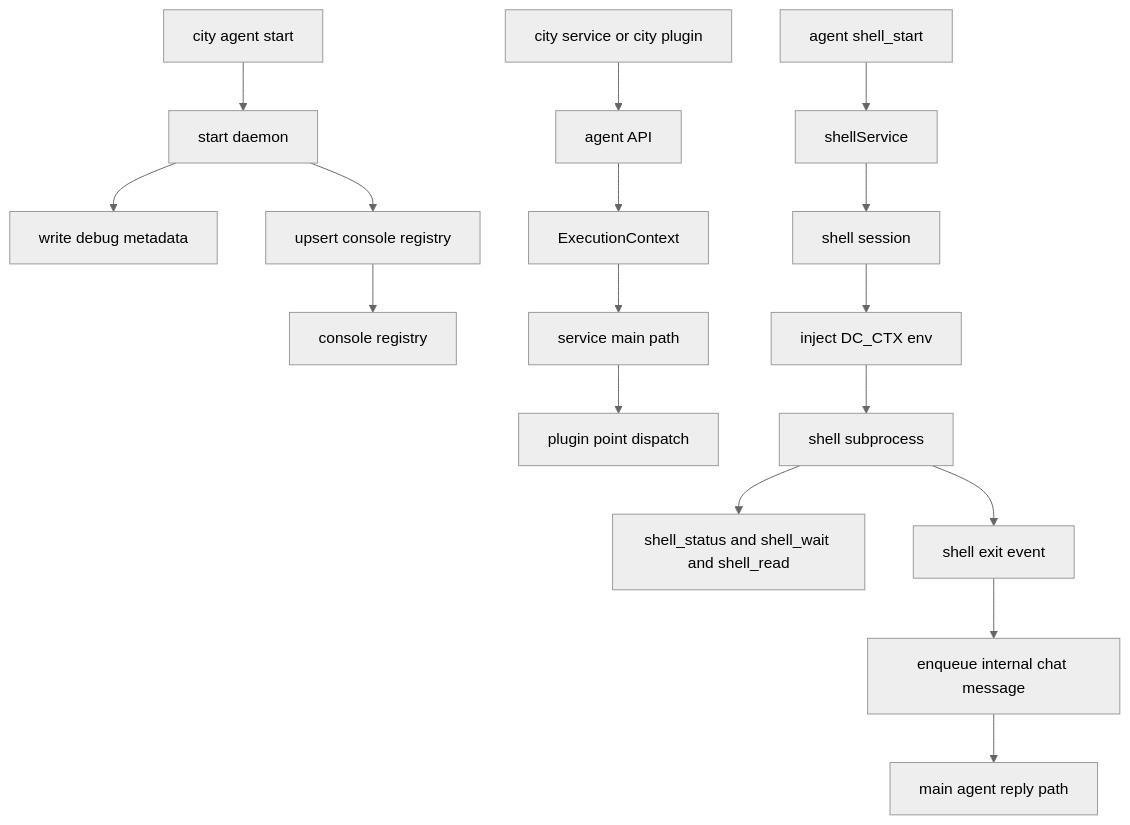
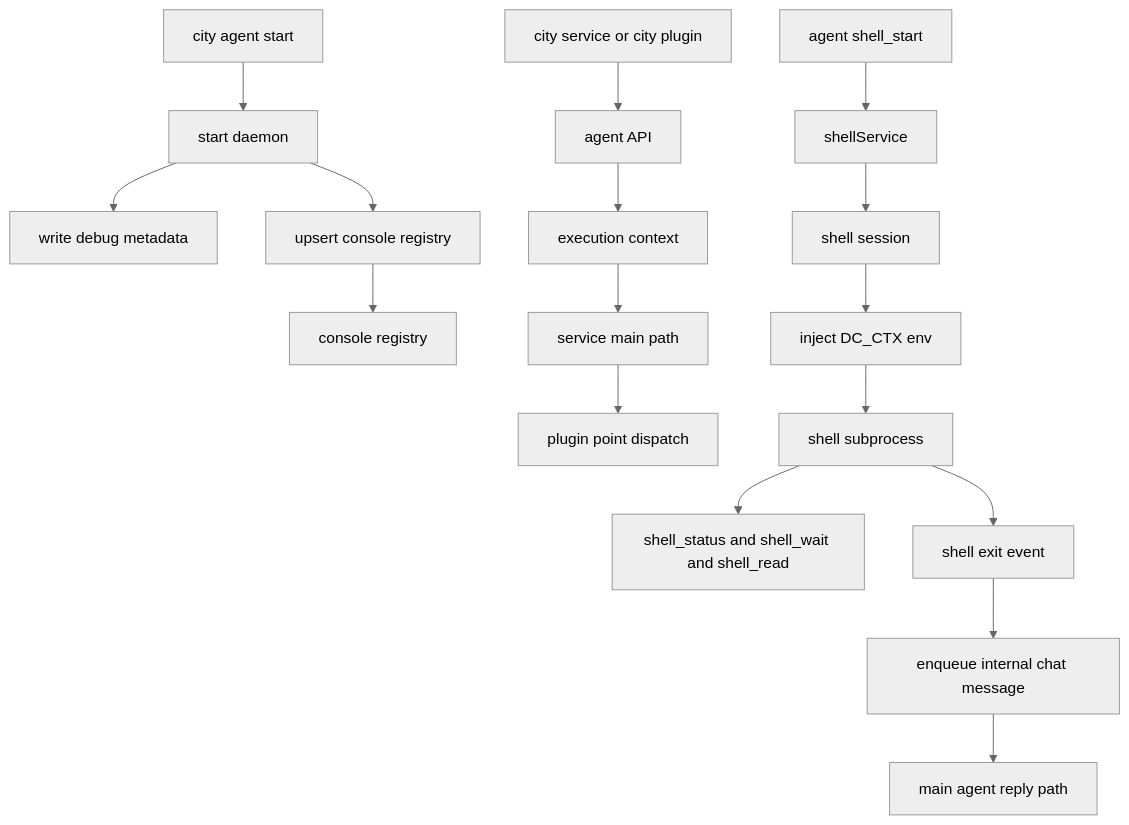
One commit to wangenius/downcity changed the diagram in homepage/content/docs/en/concepts/runtime-registration-service-shell-flow.mdx. Above: the diagram before and after it, drawn with Mermaid (neutral theme). The commit also changed other lines of this file and 419 other files, not shown here.

````diff
--- a/homepage/content/docs/en/concepts/runtime-registration-service-shell-flow.mdx
+++ b/homepage/content/docs/en/concepts/runtime-registration-service-shell-flow.mdx
@@ -33,21 +33,21 @@
 ```mermaid
 flowchart TD
   A["city agent start"] --> B["start daemon"]
   B --> C["write debug metadata"]
   B --> D["upsert console registry"]
   D --> E["console registry"]
 
   F["city service or city plugin"] --> G["agent API"]
-  G --> H["ExecutionContext"]
+  G --> H["execution context"]
   H --> I["service main path"]
   I --> J["plugin point dispatch"]
 
   L["agent shell_start"] --> M["shellService"]
   M --> N["shell session"]
   N --> O["inject DC_CTX env"]
   O --> P["shell subprocess"]
   P --> Q["shell_status and shell_wait and shell_read"]
   P --> R["shell exit event"]
   R --> S["enqueue internal chat message"]
   S --> T["main agent reply path"]
 ```
````
